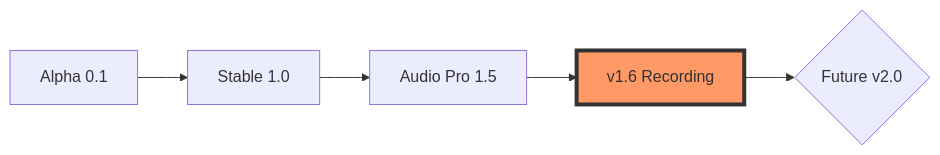
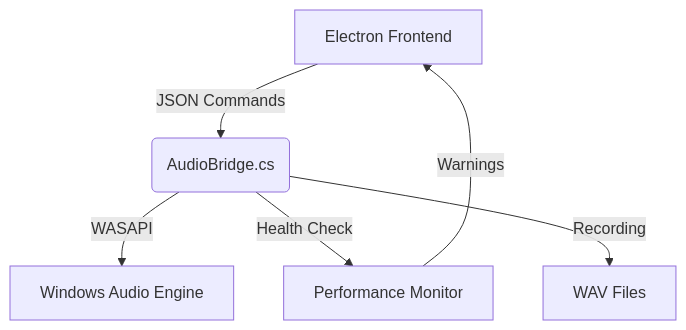
One commit to NightBossman/volumeflow changed the diagram in Roadmap.md. Above: the diagram before and after it, drawn with Mermaid. The commit also changed other lines of this file and 9 other files, not shown here.

First line of the commit message:
VolumeFlow v1.7.0 Stable: OSD, Search & Performance Monitoring (#20)

````diff
--- a/Roadmap.md
+++ b/Roadmap.md
@@ -53,8 +24,8 @@
 ```mermaid
-graph LR
-    A[Alpha 0.1] --> B[Stable 1.0]
-    B --> C[Audio Pro 1.5]
-    C --> D[v1.6 Recording]
-    D --> E{Future v2.0}
-    style D fill:#f96,stroke:#333,stroke-width:4px
+graph TD
+    A[Electron Frontend] -->|JSON Commands| B(AudioBridge.cs)
+    B -->|WASAPI| C[Windows Audio Engine]
+    B -->|Health Check| D[Performance Monitor]
+    B -->|Recording| E[WAV Files]
+    D -->|Warnings| A
 ```
````
